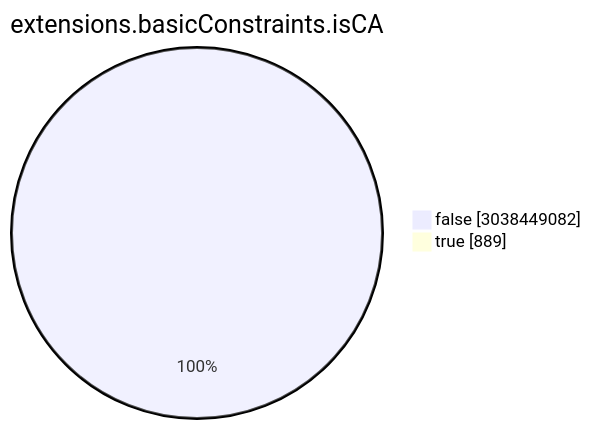
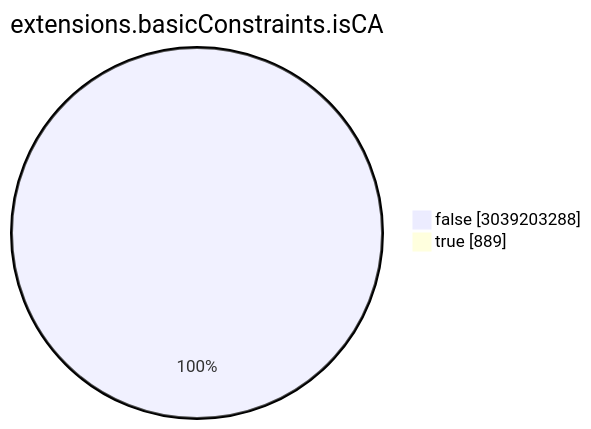
The seventh of 15 diagrams in TOTAL/README.md (christiankrug/ctmonitor_visualization), drawn with Mermaid before and after one commit. The commit also changed other lines of this file, not shown here.

````diff
--- a/TOTAL/README.md
+++ b/TOTAL/README.md
@@ -3086,6 +3086,6 @@
 ```mermaid
 pie showData
 title extensions.basicConstraints.isCA
-"false" :3038449082
+"false" :3039203288
 "true" :889
 ```
````
